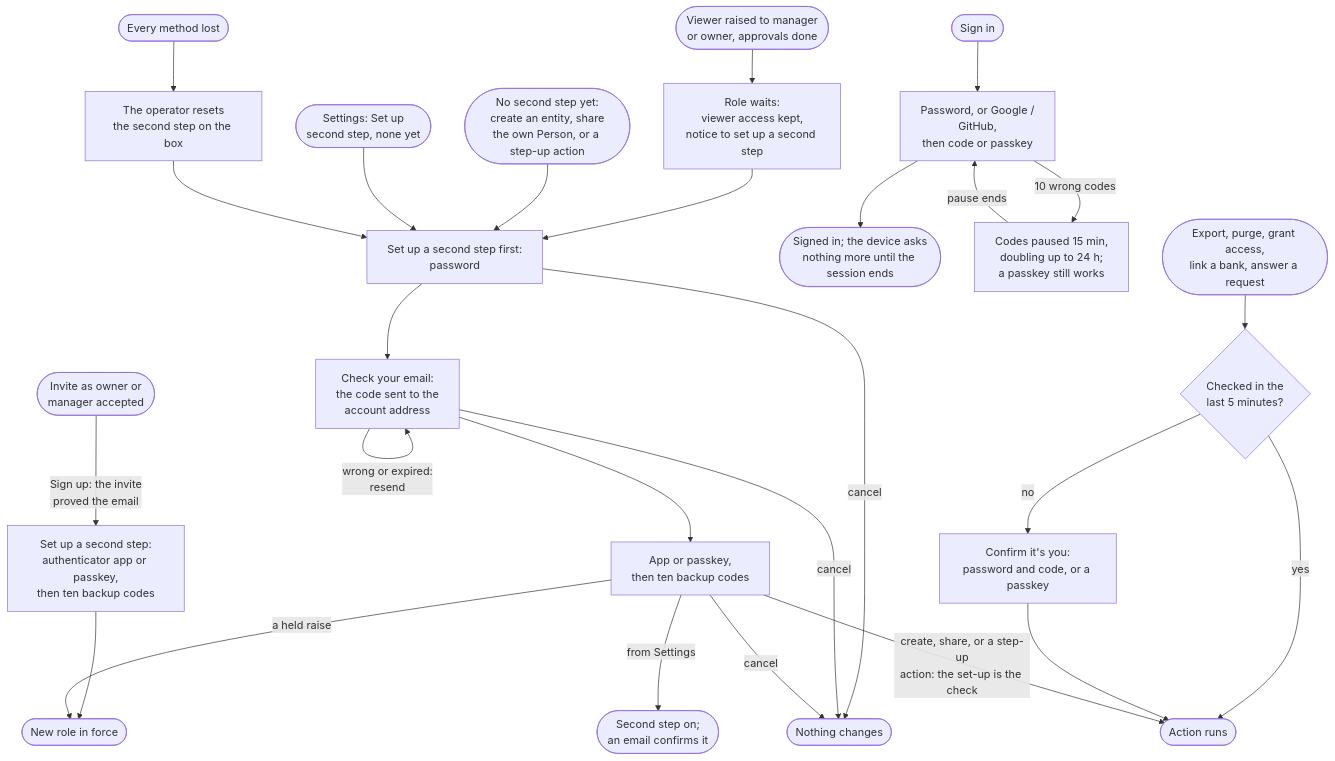
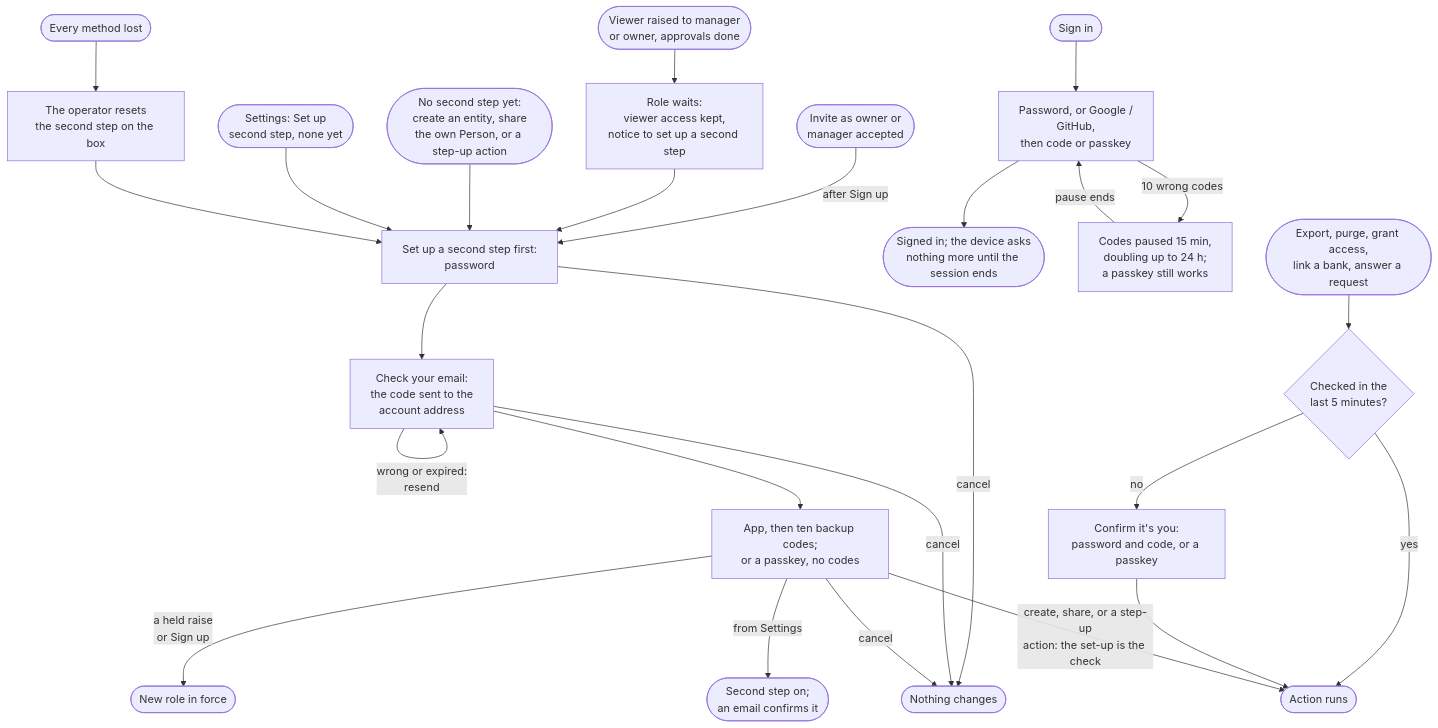
Before and after one commit to richmosko/polycarpic: the diagram in docs/DESIGN/flows/second-step-flow.md, drawn with Mermaid. The commit also changed other lines of this file and 8 other files, not shown here.

First line of the commit message:
docs(DESIGN): second-step screens follow the Principal's answers (POLY-150a)

````diff
--- a/docs/DESIGN/flows/second-step-flow.md
+++ b/docs/DESIGN/flows/second-step-flow.md
@@ -5,29 +5,27 @@
 ```mermaid
 flowchart TD
-  invite([Invite as owner or\nmanager accepted]) -- "Sign up: the invite\nproved the email" --> enrol
+  invite([Invite as owner or\nmanager accepted]) -- "after Sign up" --> gate
   raise([Viewer raised to manager\nor owner, approvals done]) --> held[Role waits:\nviewer access kept,\nnotice to set up a second step]
   held --> gate
-  enrol[Set up a second step:\nauthenticator app or passkey,\nthen ten backup codes]
-  enrol --> active([New role in force])
   signin([Sign in]) --> ask[Password, or Google /\nGitHub,\nthen code or passkey]
   ask --> known([Signed in; the device asks\nnothing more until the session ends])
   ask -- "10 wrong codes" --> paused[Codes paused 15 min,\ndoubling up to 24 h;\na passkey still works]
   paused -- "pause ends" --> ask
   risky([Export, purge, grant access,\nlink a bank, answer a request]) --> fresh{Checked in the\nlast 5 minutes?}
   fresh -- yes --> go([Action runs])
   fresh -- no --> stepup[Confirm it's you:\npassword and code, or a passkey]
   stepup --> go
   first([No second step yet:\ncreate an entity, share\nthe own Person, or a step-up action]) --> gate[Set up a second step first:\npassword]
   settings([Settings: Set up\nsecond step, none yet]) --> gate
   gate --> mail[Check your email:\nthe code sent to the\naccount address]
   mail -- "wrong or expired:\nresend" --> mail
-  mail --> setup[App or passkey,\nthen ten backup codes]
+  mail --> setup[App, then ten backup codes;\nor a passkey, no codes]
   gate -- cancel --> none([Nothing changes])
   mail -- cancel --> none
   setup -- cancel --> none
   setup -- "create, share, or a step-up\naction: the set-up is the check" --> go
-  setup -- "a held raise" --> active
+  setup -- "a held raise\nor Sign up" --> active([New role in force])
   setup -- "from Settings" --> on([Second step on;\nan email confirms it])
   lost([Every method lost]) --> reset[The operator resets\nthe second step on the box]
   reset --> gate
 ```
````
